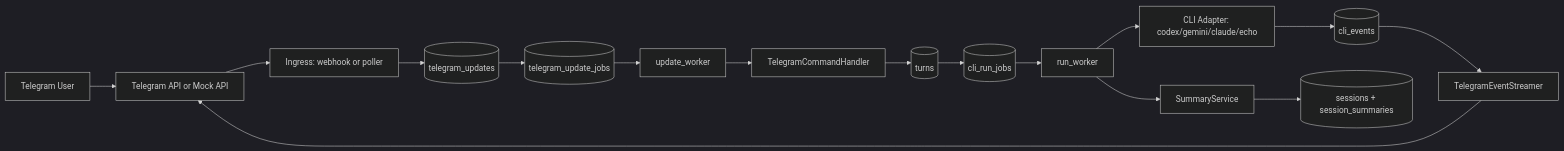
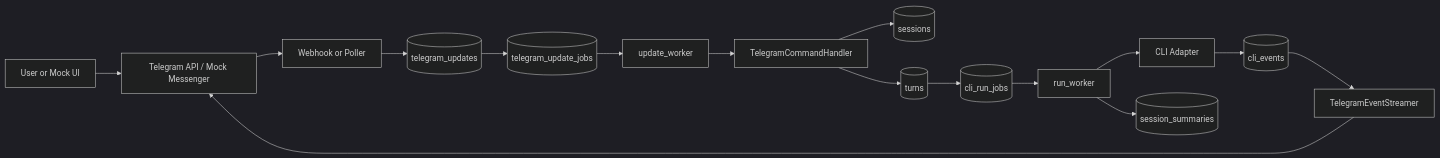
One commit to coreline-ai/coreline_bots_dashboard changed the diagram in README.md. Above: the diagram before and after it, drawn with Mermaid (dark theme). The commit also changed other lines of this file, not shown here.

````diff
--- a/README.md
+++ b/README.md
@@ -146,18 +81,18 @@
 ```mermaid
 flowchart LR
-  U[Telegram User] --> TG[Telegram API or Mock API]
-  TG --> IN[Ingress: webhook or poller]
-  IN --> TU[(telegram_updates)]
-  TU --> TUJ[(telegram_update_jobs)]
-  TUJ --> UW[update_worker]
-  UW --> CMD[TelegramCommandHandler]
-  CMD --> T[(turns)]
-  T --> RJ[(cli_run_jobs)]
-  RJ --> RW[run_worker]
-  RW --> AD[CLI Adapter: codex/gemini/claude/echo]
-  AD --> EV[(cli_events)]
-  EV --> ST[TelegramEventStreamer]
-  ST --> TG
-  RW --> SS[SummaryService]
-  SS --> S[(sessions + session_summaries)]
+    U[User or Mock UI] --> TG[Telegram API / Mock Messenger]
+    TG --> IN[Webhook or Poller]
+    IN --> TU[(telegram_updates)]
+    TU --> TUJ[(telegram_update_jobs)]
+    TUJ --> UW[update_worker]
+    UW --> CMD[TelegramCommandHandler]
+    CMD --> S[(sessions)]
+    CMD --> T[(turns)]
+    T --> RJ[(cli_run_jobs)]
+    RJ --> RW[run_worker]
+    RW --> AD[CLI Adapter]
+    AD --> EV[(cli_events)]
+    RW --> SS[(session_summaries)]
+    EV --> ST[TelegramEventStreamer]
+    ST --> TG
 ```
````
